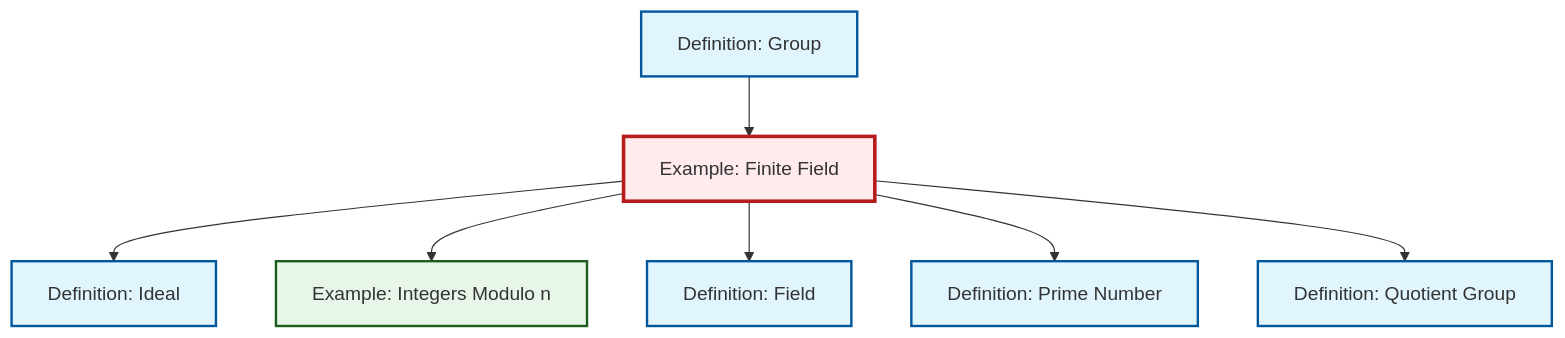
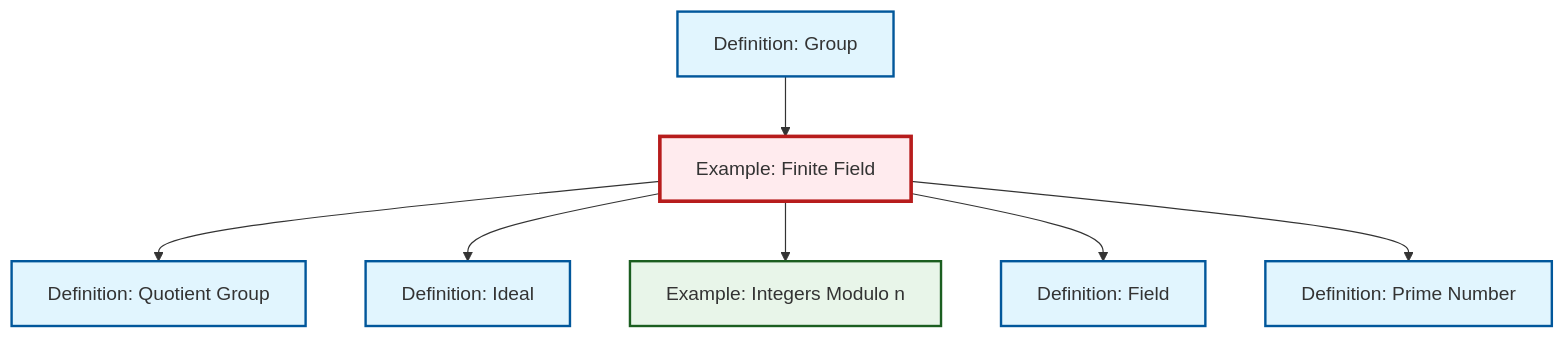
The diagram in content/ja/algebra/ex-finite-field.qmd (RK0429/ModernMath), drawn with Mermaid before and after one commit. The commit also changed other lines of this file and 434 other files, not shown here.

````diff
--- a/content/ja/algebra/ex-finite-field.qmd
+++ b/content/ja/algebra/ex-finite-field.qmd
@@ -65,29 +65,29 @@
 ```{mermaid}
 %%| fig-cap: "Local dependency graph"
 graph TD
     classDef definition fill:#e1f5fe,stroke:#01579b,stroke-width:2px
     classDef theorem fill:#f3e5f5,stroke:#4a148c,stroke-width:2px
     classDef axiom fill:#fff3e0,stroke:#e65100,stroke-width:2px
     classDef example fill:#e8f5e9,stroke:#1b5e20,stroke-width:2px
     classDef current fill:#ffebee,stroke:#b71c1c,stroke-width:3px
     ex-finite-field["Example: Finite Field"]:::example
+    ex-quotient-integers-mod-n["Example: Integers Modulo n"]:::example
+    def-group["Definition: Group"]:::definition
+    def-prime["Definition: Prime Number"]:::definition
     def-field["Definition: Field"]:::definition
-    ex-quotient-integers-mod-n["Example: Integers Modulo n"]:::example
     def-quotient-group["Definition: Quotient Group"]:::definition
     def-ideal["Definition: Ideal"]:::definition
-    def-group["Definition: Group"]:::definition
-    def-prime["Definition: Prime Number"]:::definition
-    def-group --> ex-finite-field
+    ex-finite-field --> def-quotient-group
     ex-finite-field --> def-ideal
     ex-finite-field --> ex-quotient-integers-mod-n
     ex-finite-field --> def-field
     ex-finite-field --> def-prime
-    ex-finite-field --> def-quotient-group
+    def-group --> ex-finite-field
     class ex-finite-field current
+    click ex-quotient-integers-mod-n "ex-quotient-integers-mod-n.html" "Example: Integers Modulo nへ"
+    click def-group "def-group.html" "Definition: Groupへ"
+    click def-prime "def-prime.html" "Definition: Prime Numberへ"
     click def-field "def-field.html" "Definition: Fieldへ"
-    click ex-quotient-integers-mod-n "ex-quotient-integers-mod-n.html" "Example: Integers Modulo nへ"
     click def-quotient-group "def-quotient-group.html" "Definition: Quotient Groupへ"
     click def-ideal "def-ideal.html" "Definition: Idealへ"
-    click def-group "def-group.html" "Definition: Groupへ"
-    click def-prime "def-prime.html" "Definition: Prime Numberへ"
 ```
````
